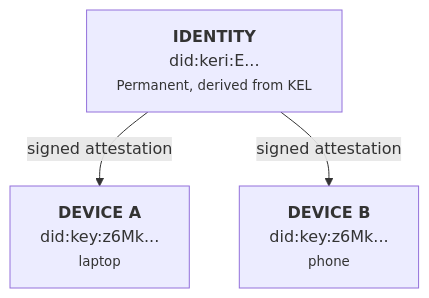
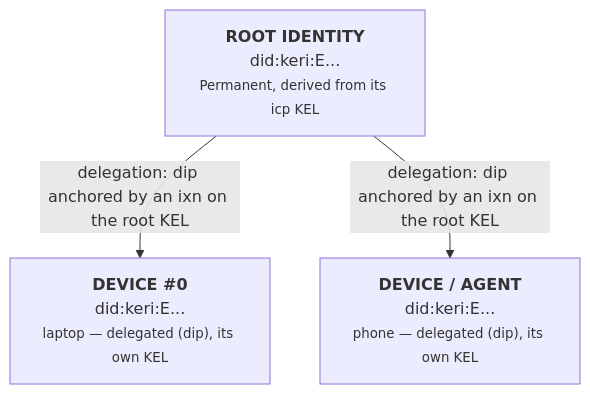
Before and after one commit to auths-dev/auths: the diagram in docs/architecture/identity-model.md, drawn with Mermaid. The commit also changed other lines of this file and 1 other file, not shown here.

First line of the commit message:
docs: update identity docs

````diff
--- a/docs/architecture/identity-model.md
+++ b/docs/architecture/identity-model.md
@@ -20,9 +20,9 @@
 ```mermaid
 flowchart TD
-    A["<strong>IDENTITY</strong><br/>did:keri:E...<br/><small>Permanent, derived from KEL</small>"]
-    B["<strong>DEVICE A</strong><br/>did:key:z6Mk...<br/><small>laptop</small>"]
-    C["<strong>DEVICE B</strong><br/>did:key:z6Mk...<br/><small>phone</small>"]
+    A["<strong>ROOT IDENTITY</strong><br/>did:keri:E...<br/><small>Permanent, derived from its icp KEL</small>"]
+    B["<strong>DEVICE #0</strong><br/>did:keri:E...<br/><small>laptop — delegated (dip), its own KEL</small>"]
+    C["<strong>DEVICE / AGENT</strong><br/>did:keri:E...<br/><small>phone — delegated (dip), its own KEL</small>"]
 
-    A -->|"signed attestation"| B
-    A -->|"signed attestation"| C
+    A -->|"delegation: dip anchored by an ixn on the root KEL"| B
+    A -->|"delegation: dip anchored by an ixn on the root KEL"| C
 ```
````
